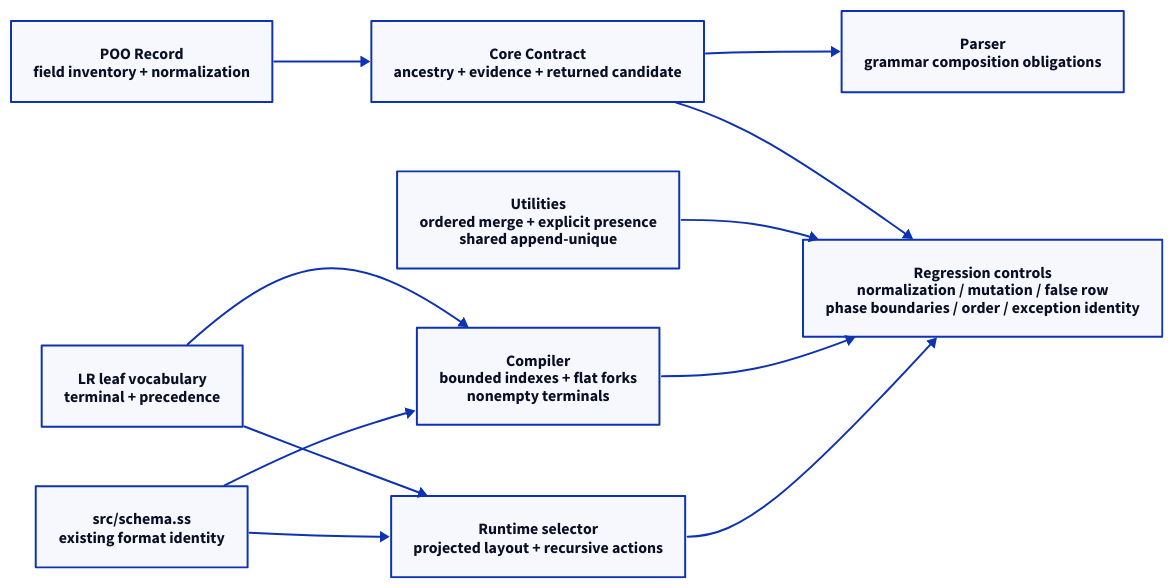
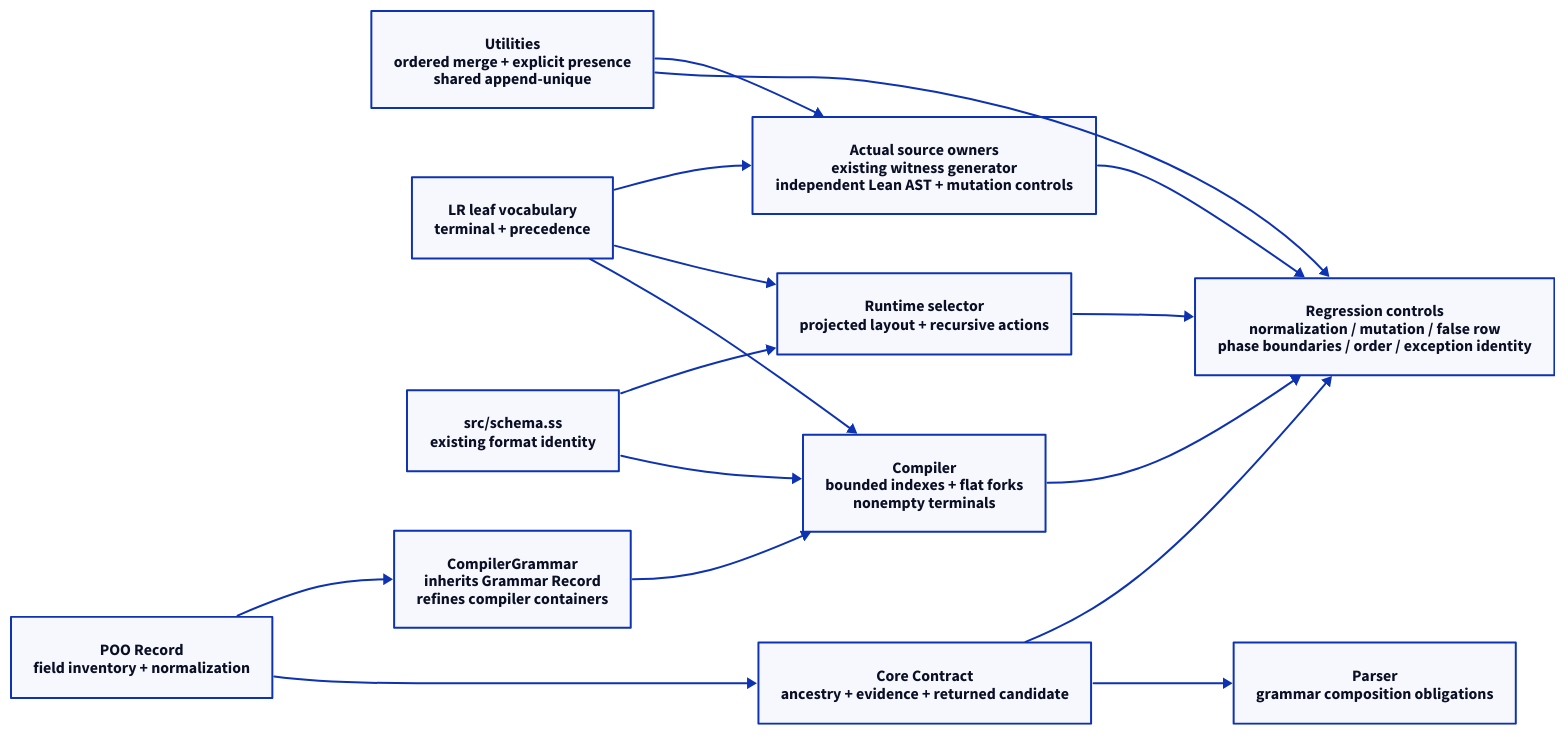
Before and after one commit to tao3k/gerbil-parser: the diagram in docs/architecture/contract-ownership.d2, drawn with D2. The commit also changed 7 other files, not shown here.

Commit message:
Carry shared grammar and LR source ownership through validation witnesses

```diff
--- a/docs/architecture/contract-ownership.d2
+++ b/docs/architecture/contract-ownership.d2
@@ -1,20 +1,27 @@
 direction: right
 fields: "POO Record\nfield inventory + normalization"
 admit: "Core Contract\nancestry + evidence + returned candidate"
 domain: "Parser\ngrammar composition obligations"
 fields -> admit
 admit -> domain
 lists: "Utilities\nordered merge + explicit presence\nshared append-unique"
 leaves: "LR leaf vocabulary\nterminal + precedence"
 producer: "Compiler\nbounded indexes + flat forks\nnonempty terminals"
 selector: "Runtime selector\nprojected layout + recursive actions"
 leaves -> producer
 leaves -> selector
 schema: "src/schema.ss\nexisting format identity"
 schema -> producer
 schema -> selector
 controls: "Regression controls\nnormalization / mutation / false row\nphase boundaries / order / exception identity"
 admit -> controls
 lists -> controls
 producer -> controls
 selector -> controls
+
+compiler_input: "CompilerGrammar\ninherits Grammar Record\nrefines compiler containers"
+fields -> compiler_input -> producer
+witness: "Actual source owners\nexisting witness generator\nindependent Lean AST + mutation controls"
+lists -> witness
+leaves -> witness
+witness -> controls
```
